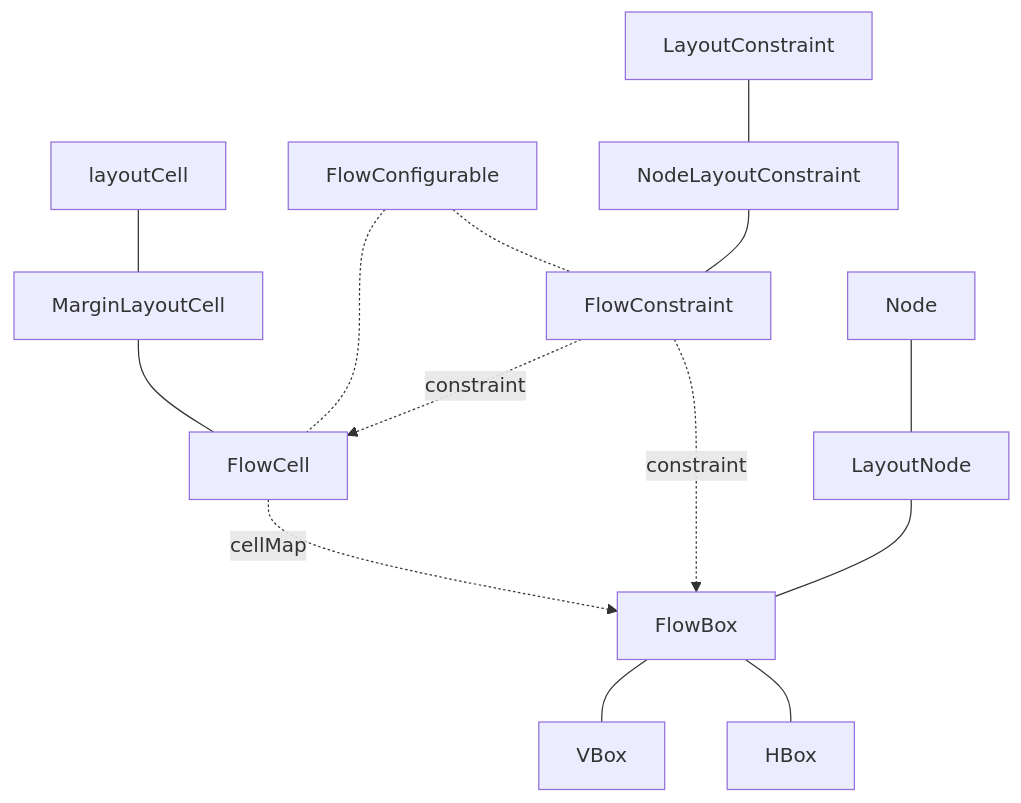
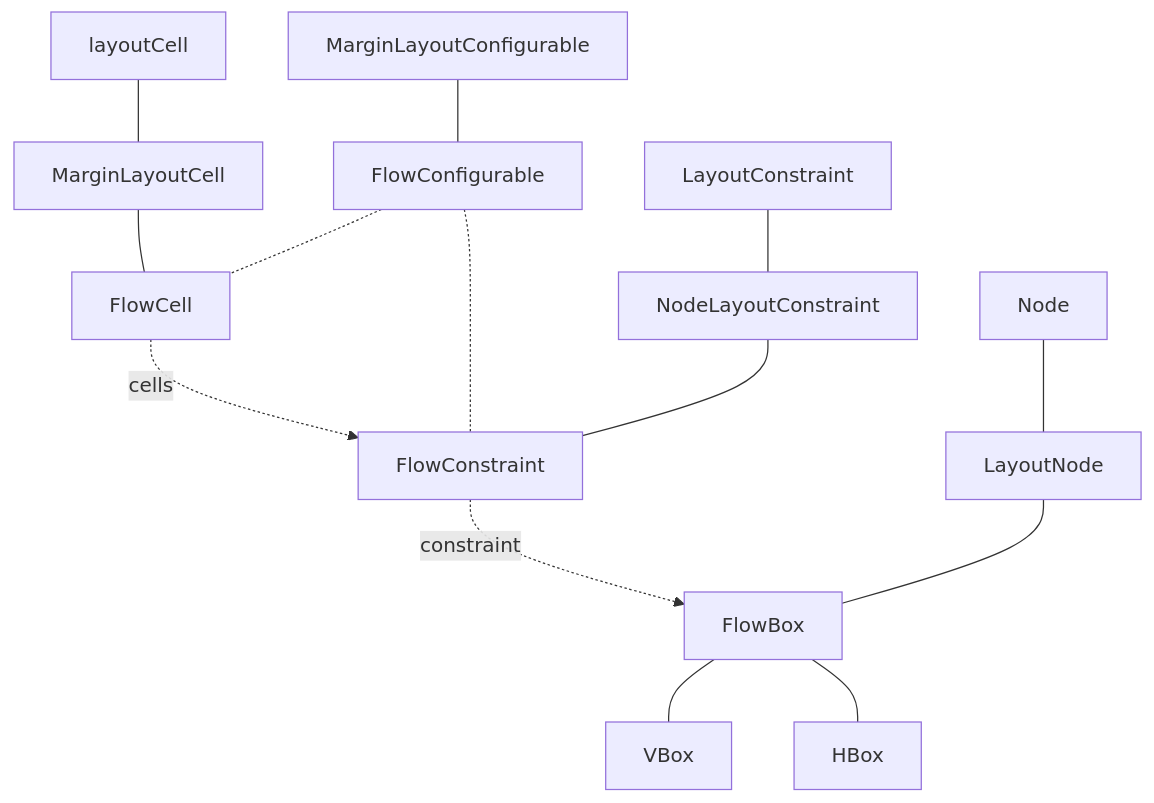
Before and after one commit to phetsims/scenery: the first of 7 diagrams in doc/layout-implementation-notes.md, drawn with Mermaid. The commit also changed other lines of this file, not shown here.

Commit message:
Clear up composition relationships for Flow and Grid, see: https://github.com/phetsims/scenery/issues/1464

````diff
--- a/doc/layout-implementation-notes.md
+++ b/doc/layout-implementation-notes.md
@@ -18,18 +18,18 @@
 ```mermaid
 flowchart TD
     layoutCell --- MarginLayoutCell
     MarginLayoutCell --- FlowCell
+    FlowCell -.cells.-> FlowConstraint
     
+    MarginLayoutConfigurable --- FlowConfigurable
     FlowConfigurable -.- FlowCell & FlowConstraint
     
     LayoutConstraint --- NodeLayoutConstraint
     NodeLayoutConstraint --- FlowConstraint
-    FlowCell -.cellMap.-> FlowBox
-    FlowConstraint -.constraint.-> FlowCell & FlowBox
-    
-    
+    FlowConstraint -.constraint.->FlowBox
+
     Node --- LayoutNode
     LayoutNode --- FlowBox
     FlowBox --- VBox & HBox
 
  ```
````
